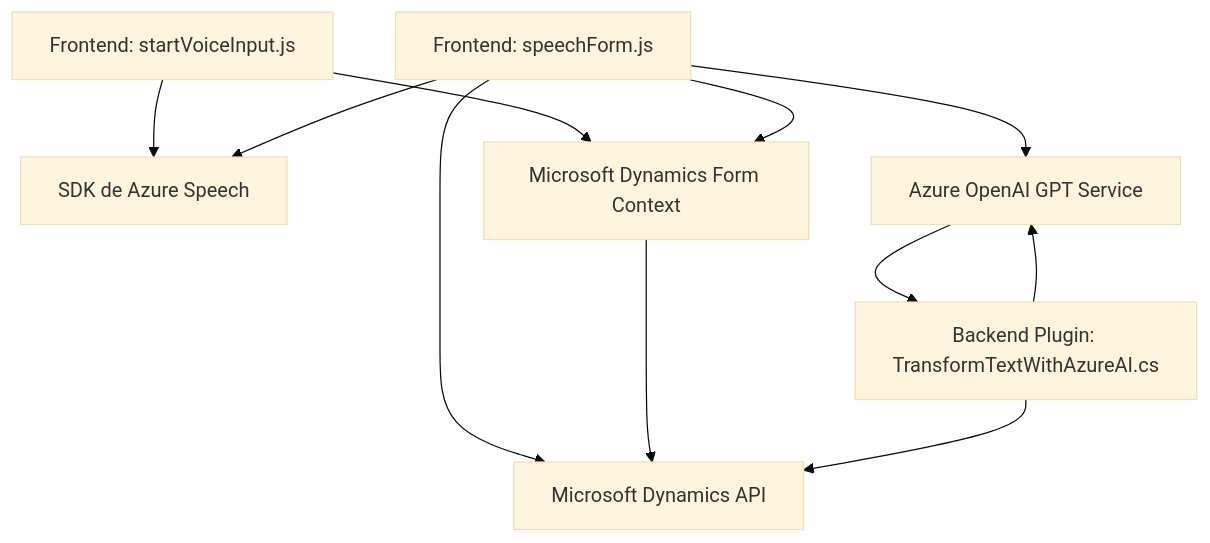
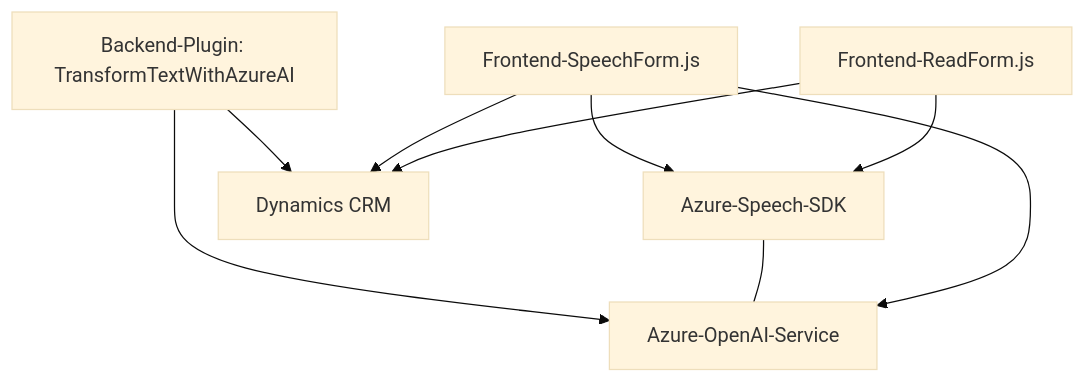
Before and after one commit to blopezdm/NETCORE_BILBAO2025: the diagram in README.md, drawn with Mermaid (base theme). The commit also changed other lines of this file, not shown here.

````diff
--- a/README.md
+++ b/README.md
@@ -44,21 +31,18 @@
 ```mermaid
 graph TD
-    A["Frontend: startVoiceInput.js"]
-    B["Frontend: speechForm.js"]
-    C["SDK de Azure Speech"]
-    D["Microsoft Dynamics API"]
-    E["Backend Plugin: TransformTextWithAzureAI.cs"]
-    F["Azure OpenAI GPT Service"]
-    G["Microsoft Dynamics Form Context"]
+    A["Frontend-ReadForm.js"]
+    B["Frontend-SpeechForm.js"]
+    C["Azure-Speech-SDK"]
+    D["Backend-Plugin: TransformTextWithAzureAI"]
+    E["Azure-OpenAI-Service"]
+    F["Dynamics CRM"]
 
     A --> C
-    A --> G
-    B --> D
     B --> C
-    B --> G
-    G --> D
+    A --> F
     B --> F
-    E --> F
-    E --> D
-    F --> E
+    B --> E
+    C --- E
+    D --> E
+    D --> F
 ```
````
